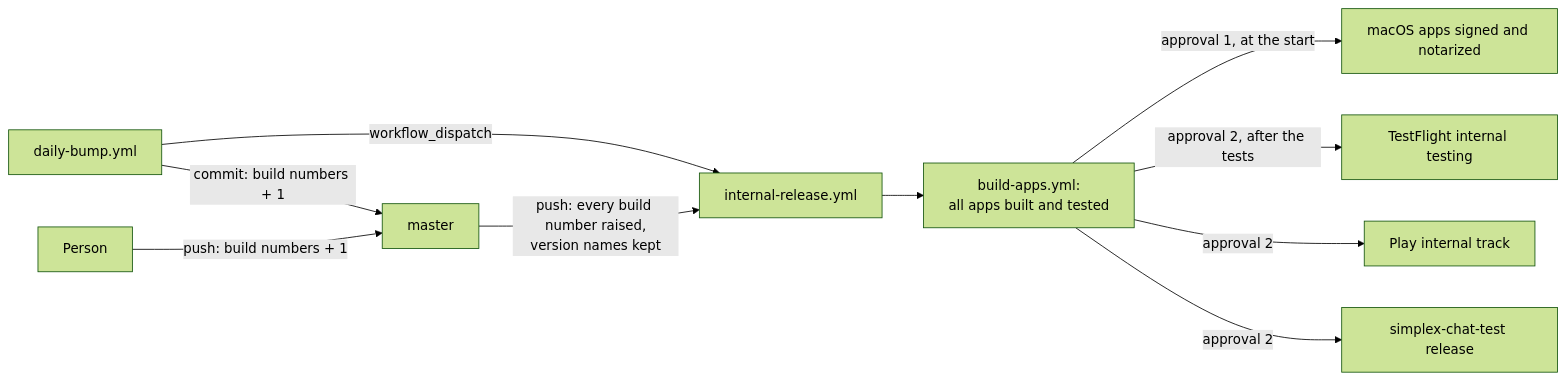
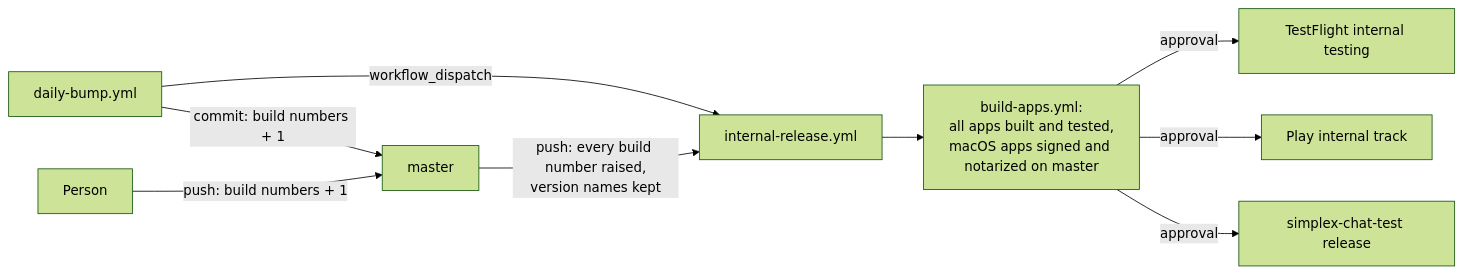
The diagram in scripts/ci/README.md (simplex-chat/simplex-chat), drawn with Mermaid (forest theme) before and after one commit. The commit also changed other lines of this file and 5 other files, not shown here.

Commit message:
ci: one approval per internal release, play reviews kept

````diff
--- a/scripts/ci/README.md
+++ b/scripts/ci/README.md
@@ -245,12 +245,11 @@
 ```mermaid
 flowchart LR
   D[daily-bump.yml] -->|commit: build numbers + 1| M[master]
   D -->|workflow_dispatch| R
   P[Person] -->|push: build numbers + 1| M
   M -->|push: every build number raised,<br>version names kept| R[internal-release.yml]
-  R --> B[build-apps.yml:<br>all apps built and tested]
-  B -->|approval 1, at the start| S[macOS apps signed and notarized]
-  B -->|approval 2, after the tests| I[TestFlight internal testing]
-  B -->|approval 2| A[Play internal track]
-  B -->|approval 2| T[simplex-chat-test release]
+  R --> B[build-apps.yml:<br>all apps built and tested,<br>macOS apps signed and notarized on master]
+  B -->|approval| I[TestFlight internal testing]
+  B -->|approval| A[Play internal track]
+  B -->|approval| T[simplex-chat-test release]
 ```
````
